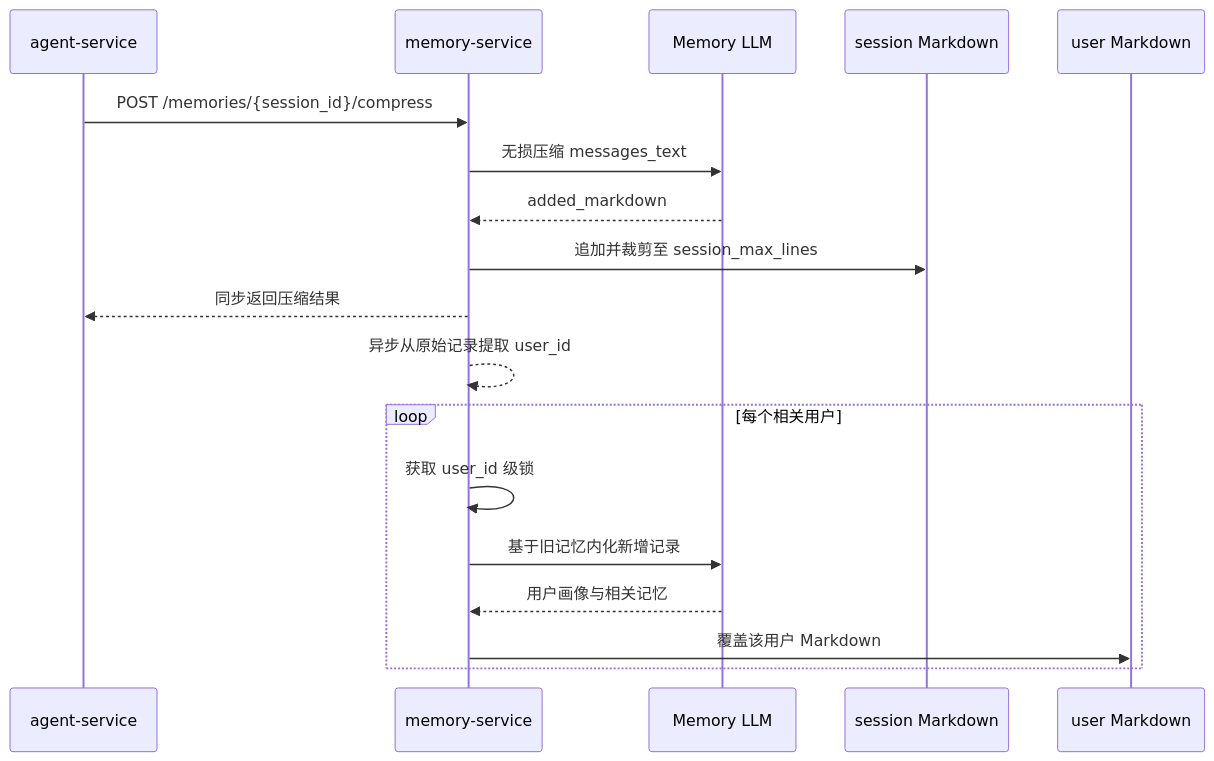
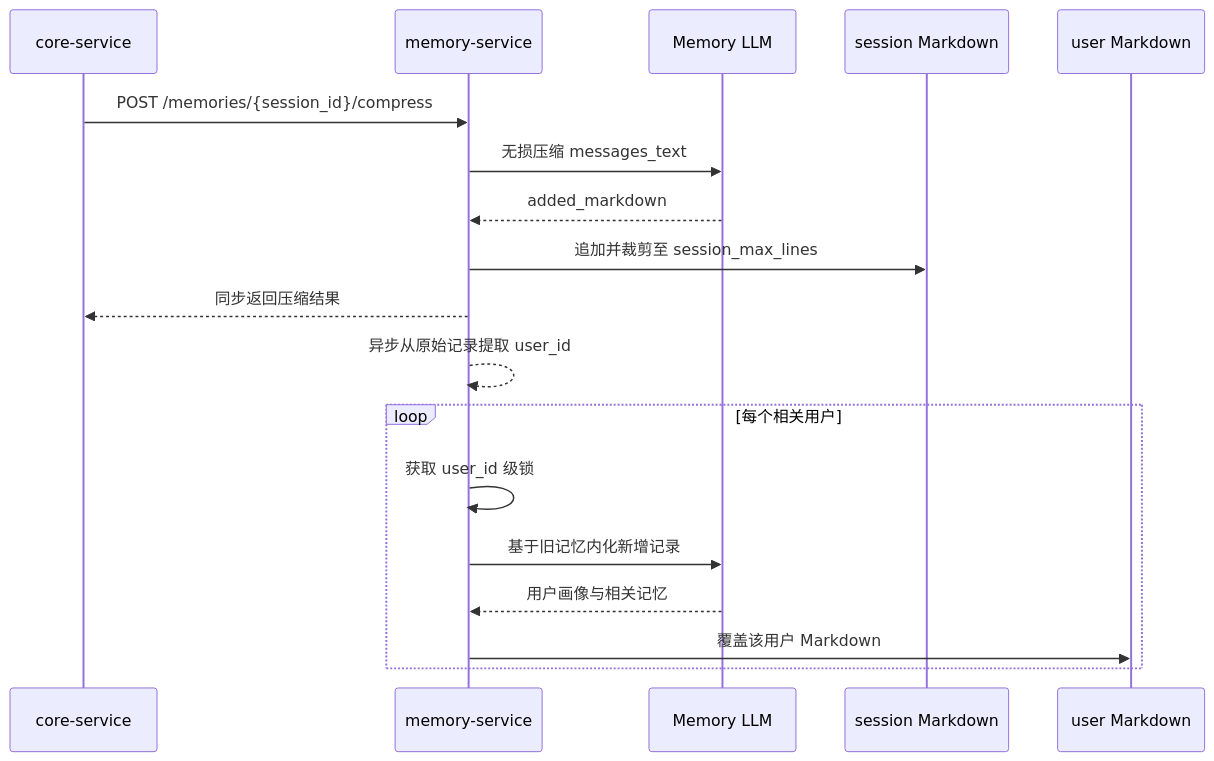
The second of 2 diagrams in docs/memory-service.md (tamakara/AIChan), drawn with Mermaid before and after one commit. The commit also changed other lines of this file and 168 other files, not shown here.

````diff
--- a/docs/memory-service.md
+++ b/docs/memory-service.md
@@ -71,21 +71,21 @@
 ```mermaid
 sequenceDiagram
-    participant A as agent-service
+    participant A as core-service
     participant M as memory-service
     participant L as Memory LLM
     participant S as session Markdown
     participant U as user Markdown
 
     A->>M: POST /memories/{session_id}/compress
     M->>L: 无损压缩 messages_text
     L-->>M: added_markdown
     M->>S: 追加并裁剪至 session_max_lines
     M-->>A: 同步返回压缩结果
     M-->>M: 异步从原始记录提取 user_id
     loop 每个相关用户
         M->>M: 获取 user_id 级锁
         M->>L: 基于旧记忆内化新增记录
         L-->>M: 用户画像与相关记忆
         M->>U: 覆盖该用户 Markdown
     end
 ```
````
